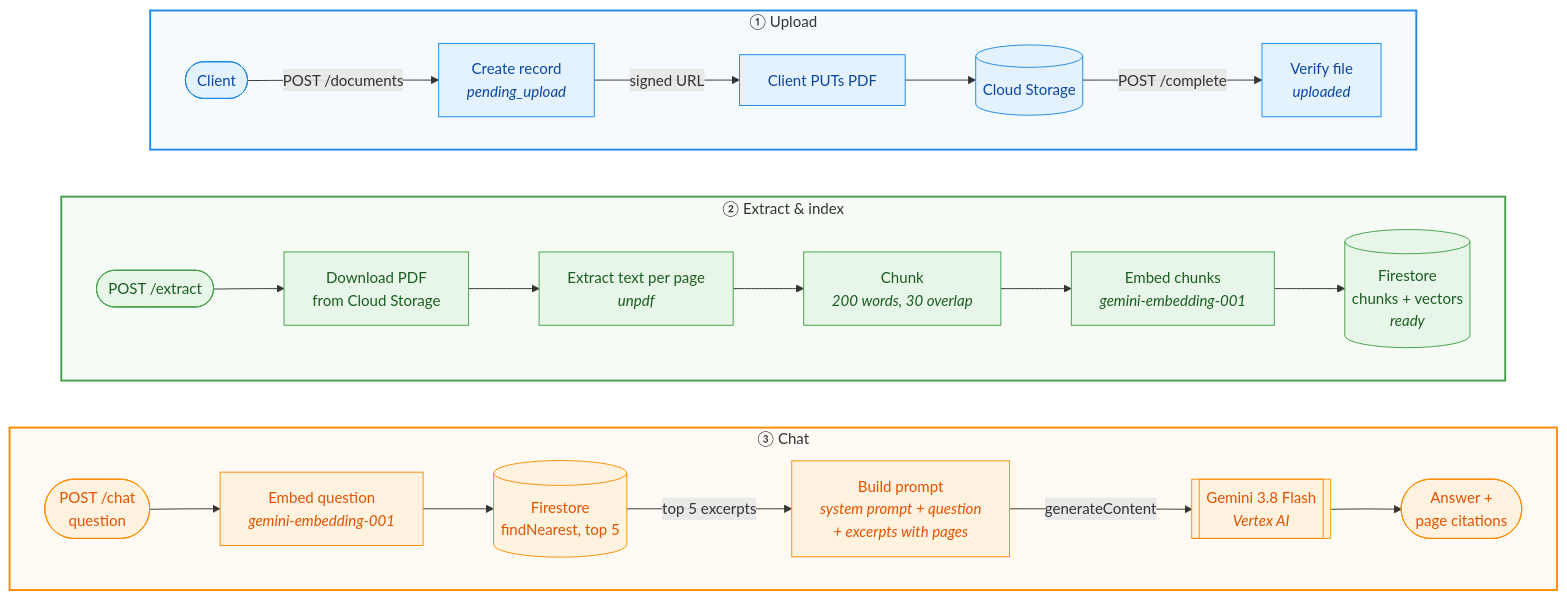
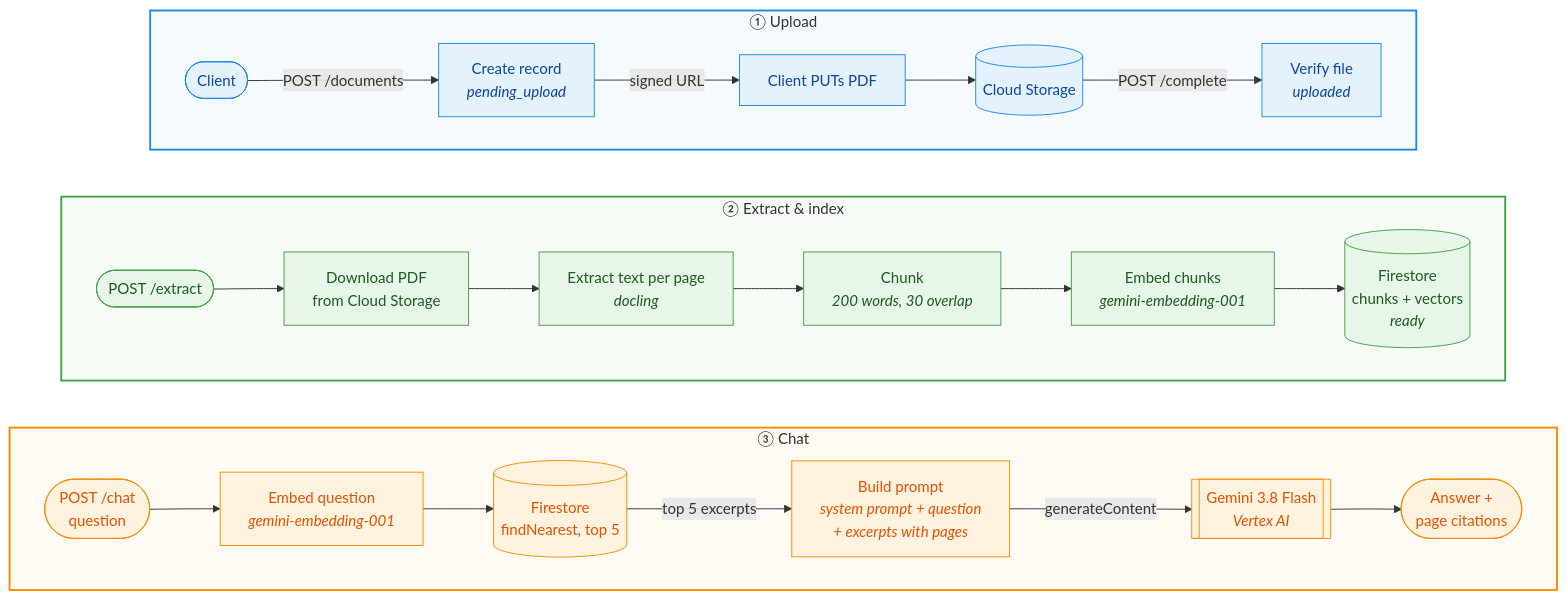
One commit to shrirambalakrishnan/chat-with-pdf changed the diagram in README.md. Above: the diagram before and after it, drawn with Mermaid. The commit also changed other lines of this file and 2 other files, not shown here.

Commit message:
Document docling extraction in the RAG, run-locally and README docs
Ninth task of #49.

- docs/rag.md: the ingestion diagram and step 1 describe the new flow
  (unpdf finds pages with a text layer, docling reads them as markdown,
  other pages stay empty). A new "Docling requests" section covers the
  request, auth, time per page and cold starts, the 300s Cloud Run
  timeout (roughly 40 pages cold, 65 warm, kept as a known limit), and
  how markdown looks in chunks.
- docs/run-locally.md: docling calls need the gcloud CLI login and
  run.invoker on the service, not ADC.
- README: docling in the tech stack and in the extraction step of the
  diagram. The OCR roadmap item stays until #50.

````diff
--- a/README.md
+++ b/README.md
@@ -14,40 +14,40 @@
 ```mermaid
 flowchart TB
     subgraph upload["① Upload"]
         direction LR
         u1(["Client"]) -->|"POST /documents"| u2["Create record<br/><i>pending_upload</i>"]
         u2 -->|"signed URL"| u3["Client PUTs PDF"]
         u3 --> u4[("Cloud Storage")]
         u4 -->|"POST /complete"| u5["Verify file<br/><i>uploaded</i>"]
     end
 
     subgraph ingest["② Extract & index"]
         direction LR
         i1(["POST /extract"]) --> i2["Download PDF<br/>from Cloud Storage"]
-        i2 --> i3["Extract text per page<br/><i>unpdf</i>"]
+        i2 --> i3["Extract text per page<br/><i>docling</i>"]
         i3 --> i4["Chunk<br/><i>200 words, 30 overlap</i>"]
         i4 --> i5["Embed chunks<br/><i>gemini-embedding-001</i>"]
         i5 --> i6[("Firestore<br/>chunks + vectors<br/><i>ready</i>")]
     end
 
     subgraph chat["③ Chat"]
         direction LR
         c1(["POST /chat<br/>question"]) --> c2["Embed question<br/><i>gemini-embedding-001</i>"]
         c2 --> c3[("Firestore<br/>findNearest, top 5")]
         c3 -->|"top 5 excerpts"| c4["Build prompt<br/><i>system prompt + question<br/>+ excerpts with pages</i>"]
         c4 -->|"generateContent"| c5[["Gemini 3.8 Flash<br/><i>Vertex AI</i>"]]
         c5 --> c6(["Answer +<br/>page citations"])
     end
 
     upload ~~~ ingest ~~~ chat
 
     classDef up fill:#e3f2fd,stroke:#1e88e5,color:#0d47a1
     classDef ing fill:#e8f5e9,stroke:#43a047,color:#1b5e20
     classDef ask fill:#fff3e0,stroke:#fb8c00,color:#e65100
     class u1,u2,u3,u4,u5 up
     class i1,i2,i3,i4,i5,i6 ing
     class c1,c2,c3,c4,c5,c6 ask
     style upload fill:#f5faff,stroke:#1e88e5,stroke-width:2px
     style ingest fill:#f6fbf6,stroke:#43a047,stroke-width:2px
     style chat fill:#fffaf3,stroke:#fb8c00,stroke-width:2px
 ```
````
